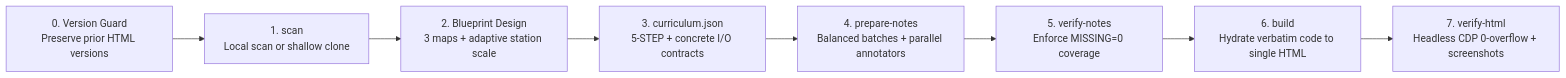
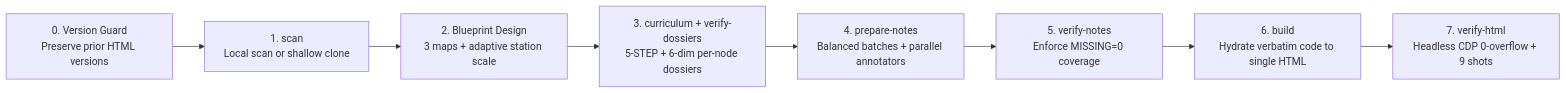
The diagram in README.en.md (Frank-zhu2000/repo-mastery-html), drawn with Mermaid before and after one commit. The commit also changed other lines of this file and 21 other files, not shown here.

Commit message:
feat: upgrade to v6 overview dossiers, cross-repo generalizability & CDP CI

````diff
--- a/README.en.md
+++ b/README.en.md
@@ -155,10 +170,10 @@
 ```mermaid
 flowchart LR
     S0["0. Version Guard<br/>Preserve prior HTML versions"] --> S1["1. scan<br/>Local scan or shallow clone"]
     S1 --> S2["2. Blueprint Design<br/>3 maps + adaptive station scale"]
-    S2 --> S3["3. curriculum.json<br/>5-STEP + concrete I/O contracts"]
+    S2 --> S3["3. curriculum + verify-dossiers<br/>5-STEP + 6-dim per-node dossiers"]
     S3 --> S4["4. prepare-notes<br/>Balanced batches + parallel annotators"]
     S4 --> S5["5. verify-notes<br/>Enforce MISSING=0 coverage"]
     S5 --> S6["6. build<br/>Hydrate verbatim code to single HTML"]
-    S6 --> S7["7. verify-html<br/>Headless CDP 0-overflow + screenshots"]
+    S6 --> S7["7. verify-html<br/>Headless CDP 0-overflow + 9 shots"]
 ```
````
